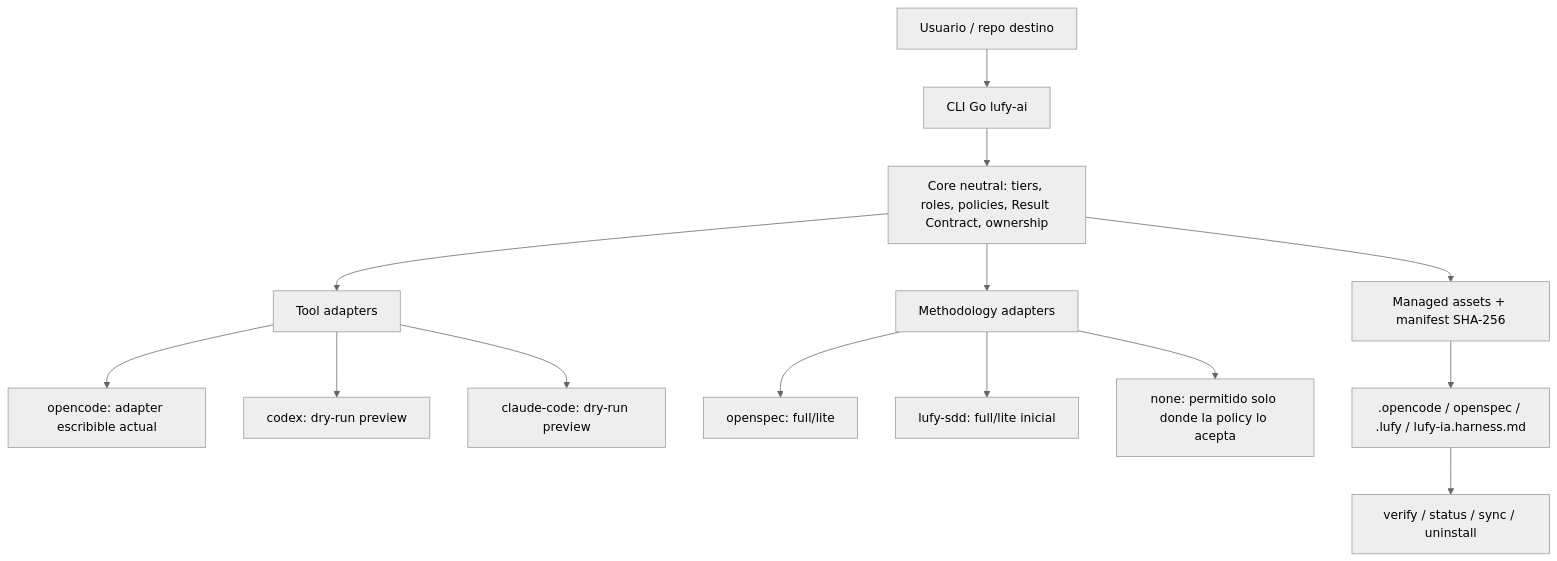
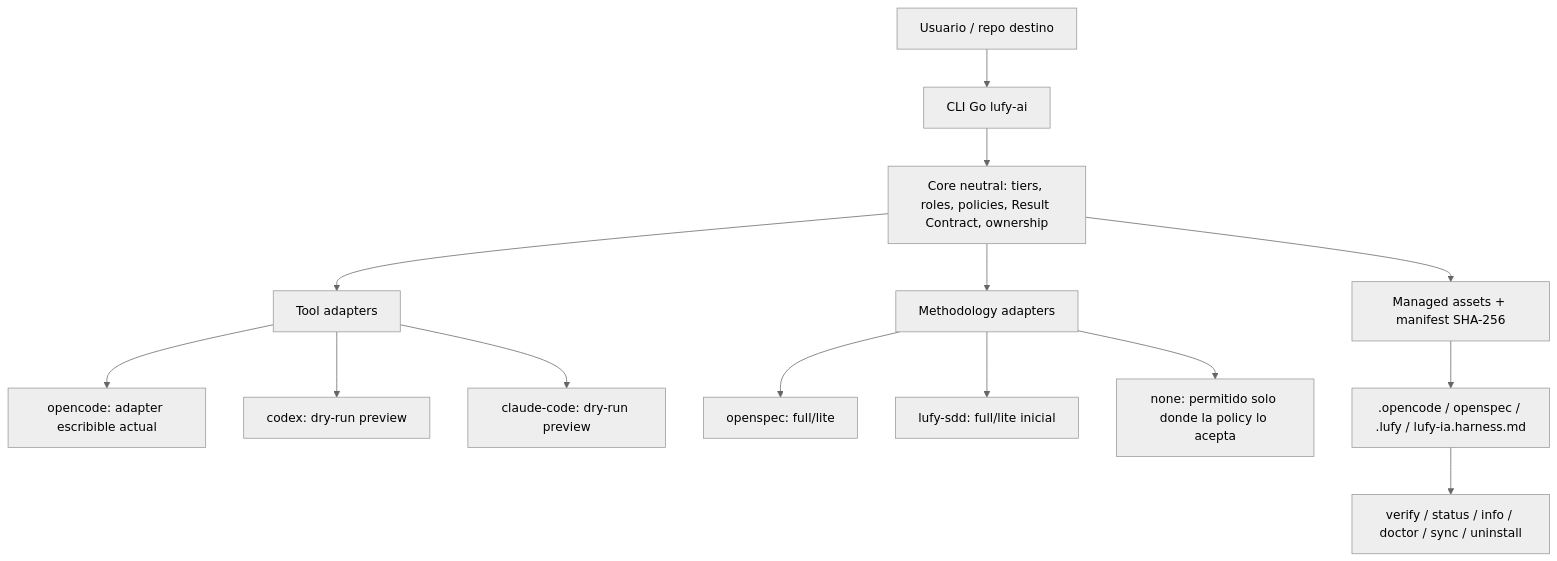
The first of 2 diagrams in README.md (adrotech/lufy-ai), drawn with Mermaid (neutral theme) before and after one commit. The commit also changed other lines of this file and 28 other files, not shown here.

````diff
--- a/README.md
+++ b/README.md
@@ -110,19 +135,19 @@
 ```mermaid
 flowchart TD
     U["Usuario / repo destino"] --> CLI["CLI Go lufy-ai"]
     CLI --> Core["Core neutral: tiers, roles, policies, Result Contract, ownership"]
     Core --> Tool["Tool adapters"]
     Core --> Meth["Methodology adapters"]
     Core --> Assets["Managed assets + manifest SHA-256"]
 
     Tool --> OC["opencode: adapter escribible actual"]
     Tool --> CX["codex: dry-run preview"]
     Tool --> CC["claude-code: dry-run preview"]
 
     Meth --> OS["openspec: full/lite"]
     Meth --> LS["lufy-sdd: full/lite inicial"]
     Meth --> NN["none: permitido solo donde la policy lo acepta"]
 
     Assets --> Target[".opencode / openspec / .lufy / lufy-ia.harness.md"]
-    Target --> Verify["verify / status / sync / uninstall"]
+    Target --> Verify["verify / status / info / doctor / sync / uninstall"]
 ```
````
